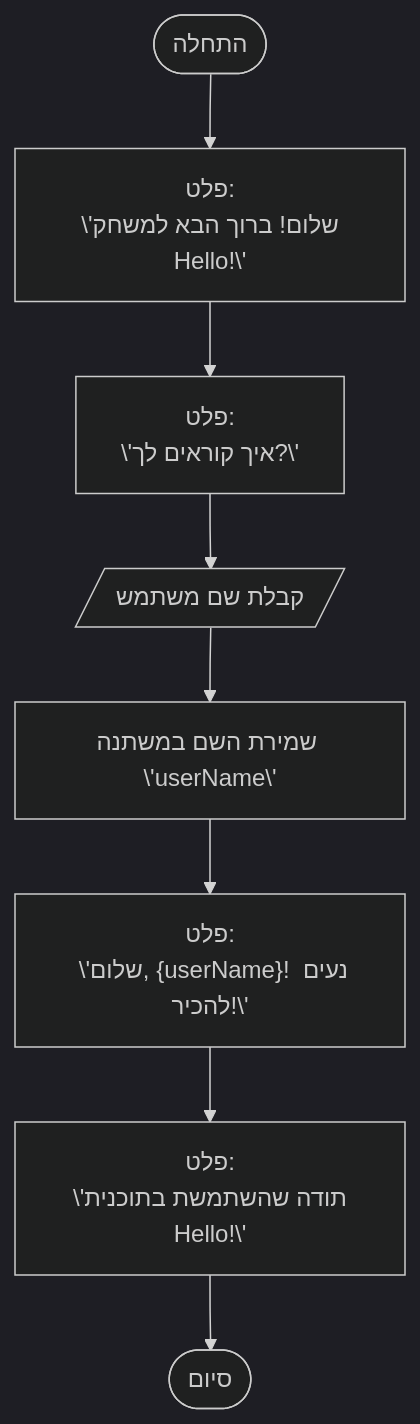
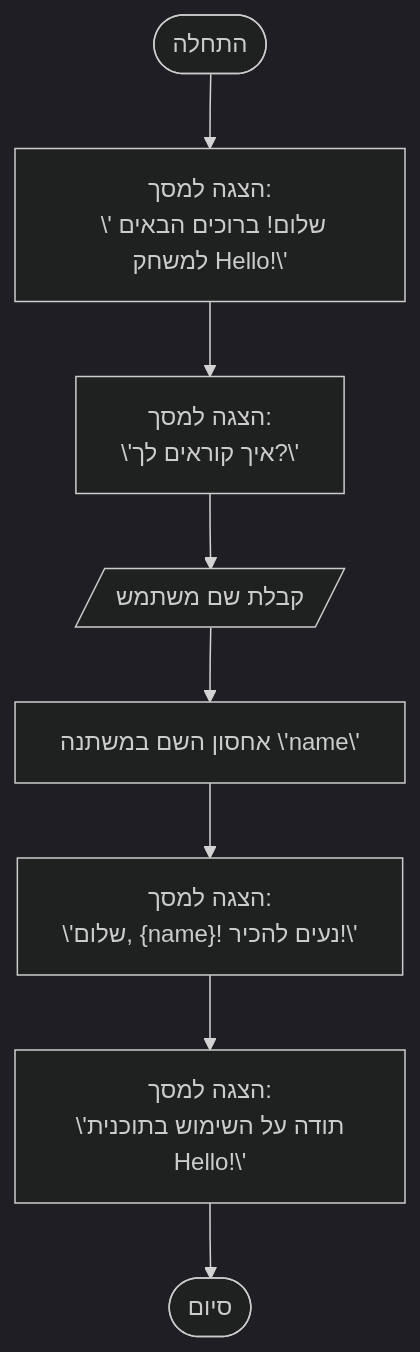
Before and after one commit to hypo69/hypo: the diagram in docs/gemini/he/explainer/src/endpoints/ai_games/101_basic_computer_games/ru/GAMES/HELLO/hello.mmd.md, drawn with Mermaid (dark theme). The commit also changed other lines of this file and 885 other files, not shown here.

````diff
--- a/docs/gemini/he/explainer/src/endpoints/ai_games/101_basic_computer_games/ru/GAMES/HELLO/hello.mmd.md
+++ b/docs/gemini/he/explainer/src/endpoints/ai_games/101_basic_computer_games/ru/GAMES/HELLO/hello.mmd.md
@@ -21,10 +30,10 @@
 ```mermaid
 flowchart TD
-    Start([התחלה]) --> DisplayWelcome["<p>פלט:</p><p> \'שלום! ברוך הבא למשחק Hello!\'</p>"]
-    DisplayWelcome --> AskName["<p>פלט:</p><p> \'איך קוראים לך?\'</p>"]
+    Start([התחלה]) --> DisplayWelcome["<p>הצגה למסך:</p><p> \'שלום! ברוכים הבאים למשחק Hello!\'</p>"]
+    DisplayWelcome --> AskName["<p>הצגה למסך:</p><p> \'איך קוראים לך?\'</p>"]
     AskName --> GetUserName[/"קבלת שם משתמש"/]
-    GetUserName --> StoreName["שמירת השם במשתנה \'userName\'"]
-    StoreName --> DisplayGreeting["<p>פלט:</p><p> \'שלום, {userName}! נעים להכיר!\'"]
-    DisplayGreeting --> DisplayThanks["<p>פלט:</p><p> \'תודה שהשתמשת בתוכנית Hello!\'"]
+    GetUserName --> StoreName["אחסון השם במשתנה \'name\'"]
+    StoreName --> DisplayGreeting["<p>הצגה למסך:</p><p> \'שלום, {name}! נעים להכיר!\'</p>"]
+    DisplayGreeting --> DisplayThanks["<p>הצגה למסך:</p><p> \'תודה על השימוש בתוכנית Hello!\'</p>"]
     DisplayThanks --> End([סיום])
 ```
````
